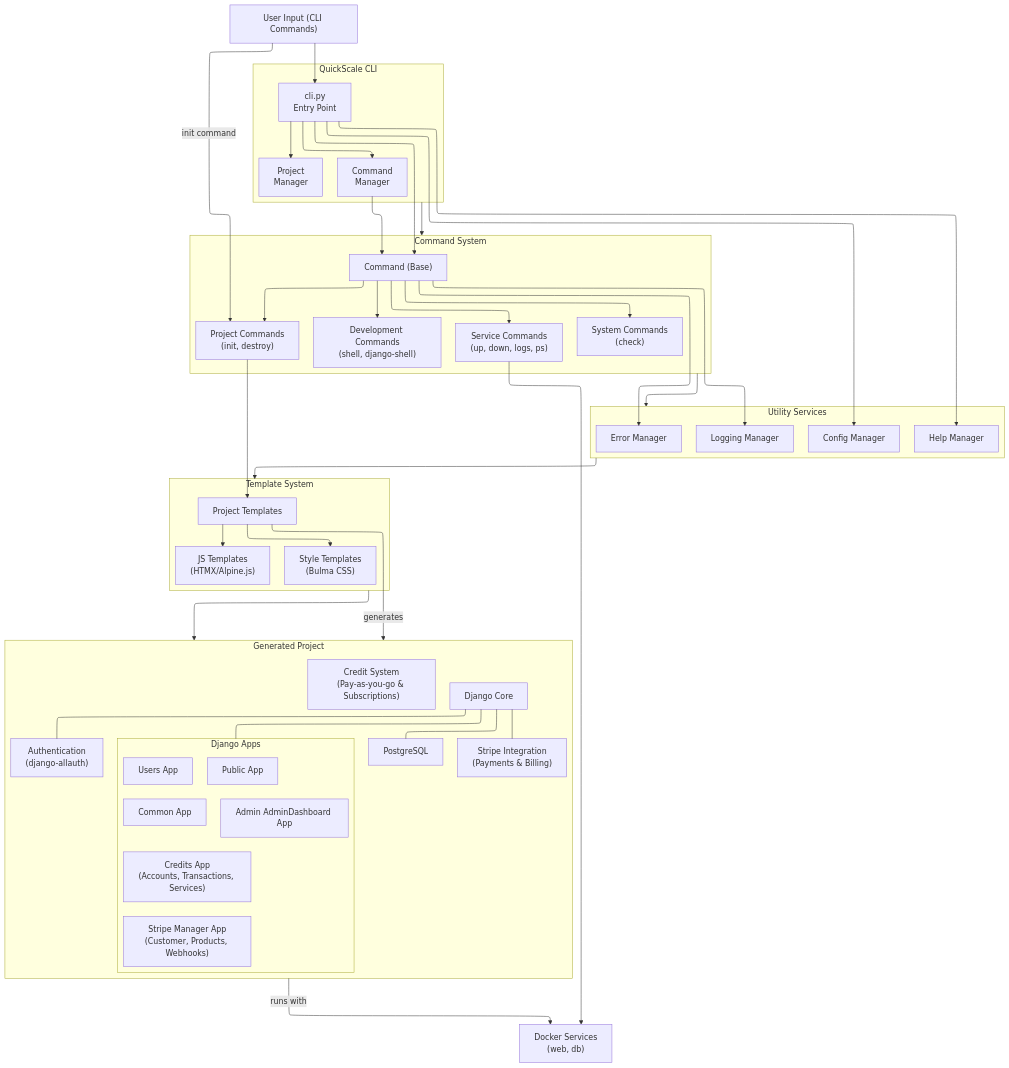
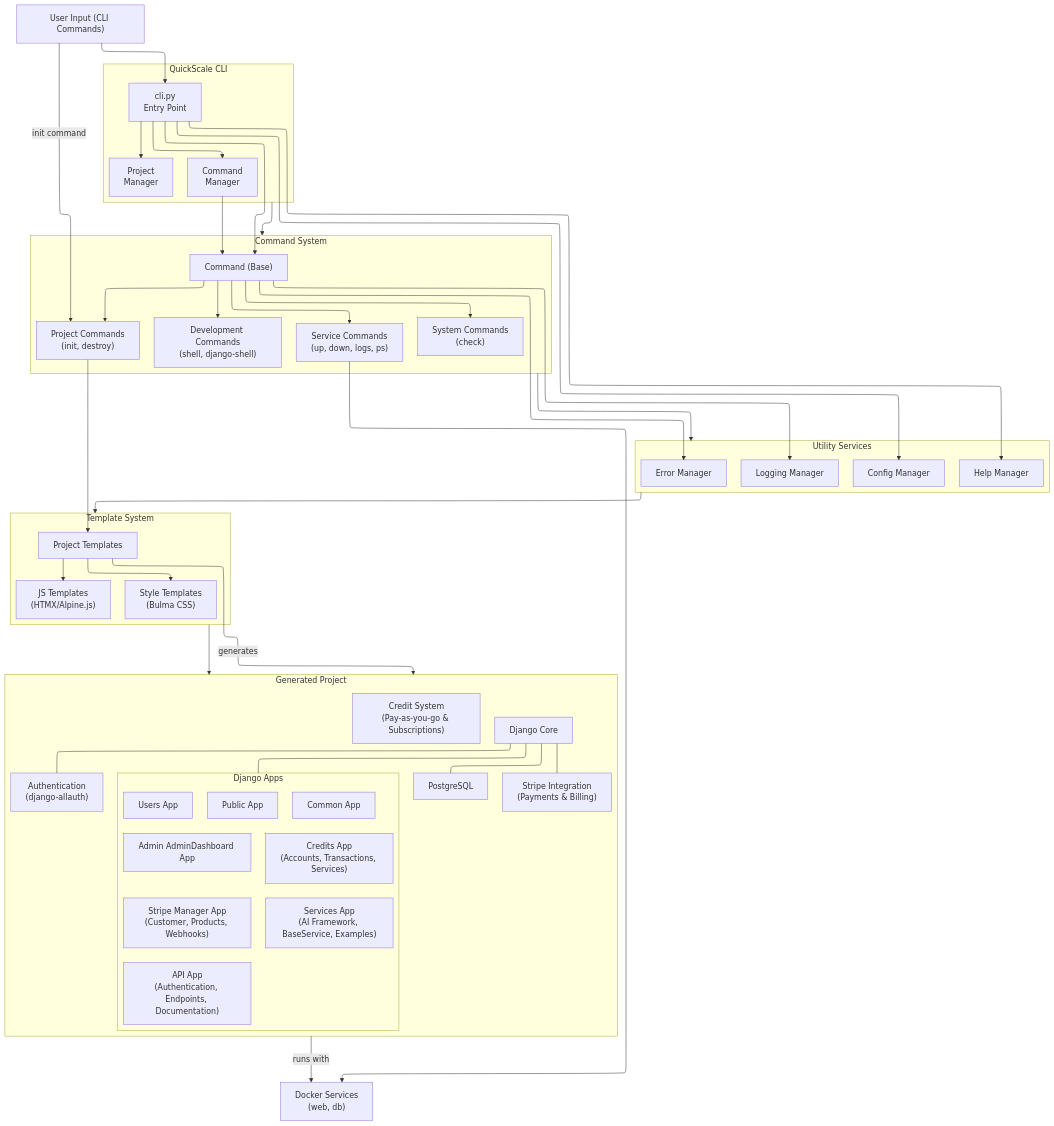
The first of 7 diagrams in TECHNICAL_DOCS.md (Experto-AI/quickscale), drawn with Mermaid before and after one commit. The commit also changed other lines of this file and 3 other files, not shown here.

First line of the commit message:
feat: Enhance AI Service Framework and Documentation

````diff
--- a/TECHNICAL_DOCS.md
+++ b/TECHNICAL_DOCS.md
@@ -189,67 +211,69 @@
 ```mermaid
 ---
 config:
   layout: elk
 ---
 flowchart TD
  subgraph CLI["QuickScale CLI"]
     direction TB
         command_manager["Command<br>Manager"]
         cli["cli.py<br>Entry Point"]
         project_manager["Project<br>Manager"]
   end
  subgraph Commands["Command System"]
     direction TB
         command_base["Command (Base)"]
         project_commands["Project Commands<br>(init, destroy)"]
         service_commands["Service Commands<br>(up, down, logs, ps)"]
         dev_commands["Development Commands<br>(shell, django-shell)"]
         system_commands["System Commands<br>(check)"]
   end
  subgraph Utilities["Utility Services"]
     direction TB
         error_manager["Error Manager"]
         logging_manager["Logging Manager"]
         help_manager["Help Manager"]
         config_manager["Config Manager"]
   end
  subgraph Templates["Template System"]
     direction TB
         templates["Project Templates"]
         style_templates["Style Templates<br>(Bulma CSS)"]
         js_templates["JS Templates<br>(HTMX/Alpine.js)"]
   end
  subgraph Apps["Django Apps"]
     direction TB
         public_app["Public App"]
         users_app["Users App"]
         admin_dashboard_app["Admin AdminDashboard App"]
         common_app["Common App"]
         credits_app["Credits App<br>(Accounts, Transactions, Services)"]
         stripe_app["Stripe Manager App<br>(Customer, Products, Webhooks)"]
+        services_app["Services App<br>(AI Framework, BaseService, Examples)"]
+        api_app["API App<br>(Authentication, Endpoints, Documentation)"]
   end
  subgraph Generated["Generated Project"]
     direction TB
         django_core["Django Core"]
         database["PostgreSQL"]
         auth["Authentication<br>(django-allauth)"]
         stripe_manager["Stripe Integration<br>(Payments & Billing)"]
         credit_system["Credit System<br>(Pay-as-you-go & Subscriptions)"]
         Apps
   end
     user_input["User Input (CLI Commands)"] --> cli
     cli --> command_manager & project_manager & command_base & help_manager & config_manager
     user_input -- init command --> project_commands
     command_manager --> command_base
     command_base --> project_commands & service_commands & dev_commands & system_commands & error_manager & logging_manager
     templates --> style_templates & js_templates
     project_commands --> templates
     django_core --- database & auth & stripe_manager & Apps
     templates -- generates --> Generated
     Generated -- runs with --> docker["Docker Services<br>(web, db)"]
     service_commands --> docker
     CLI --> Commands
     Commands --> Utilities
     Utilities --> Templates
     Templates --> Generated
 ```
````
